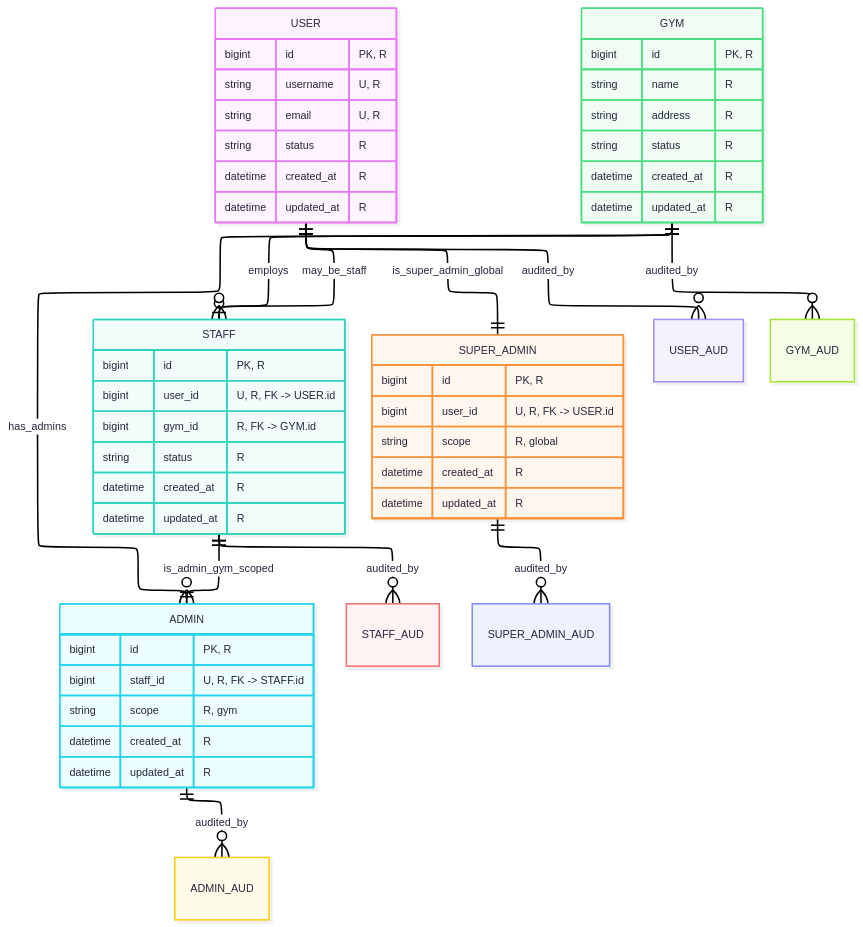
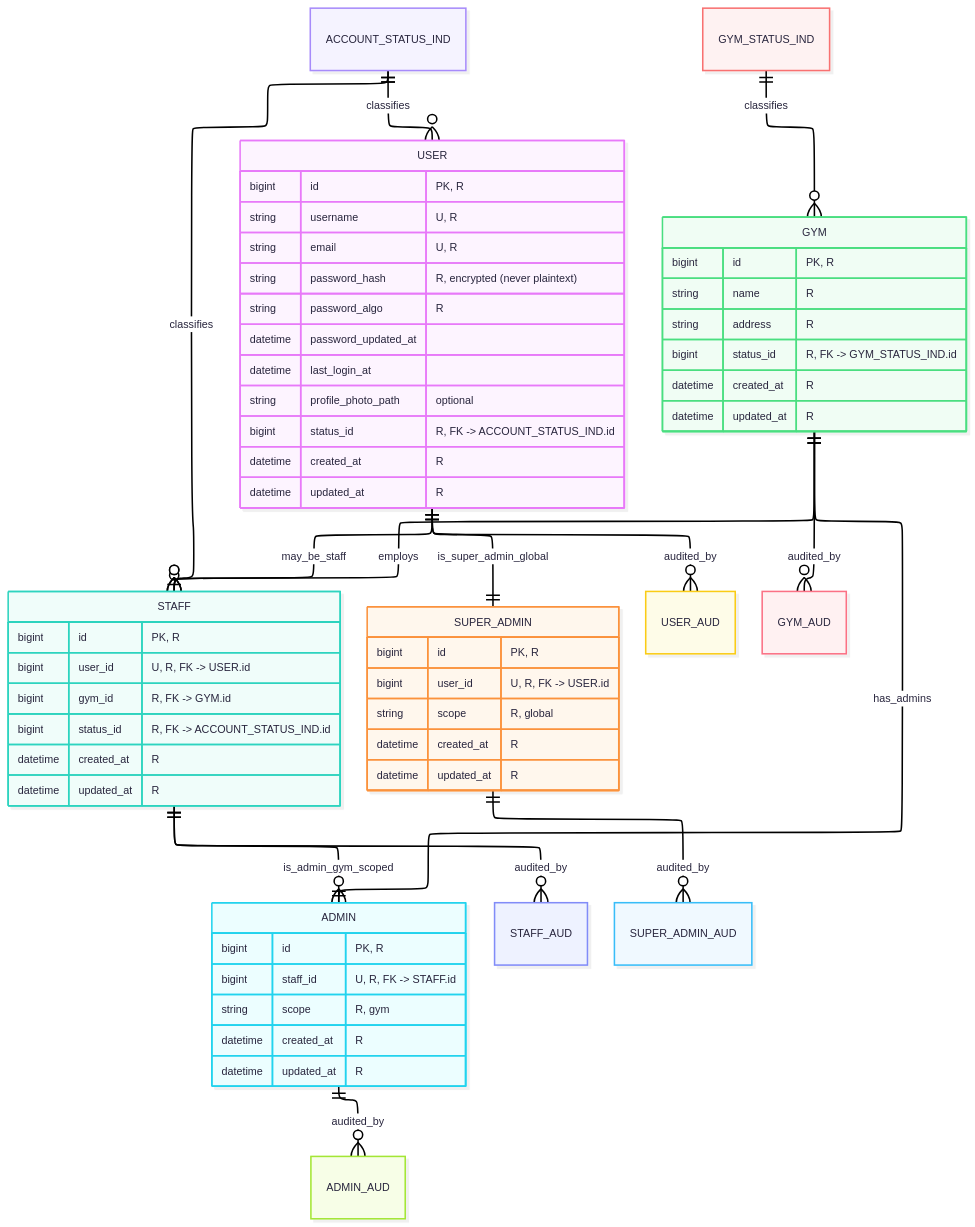
The sixth of 8 diagrams in docs/ERDs.md (jic48-rutgers/FitDB), drawn with Mermaid before and after one commit. The commit also changed other lines of this file, not shown here.

Commit message:
added triggers, and *_STATUS_IND tables, and indices (TODO: rework audit before/after_json in ERDs.md; outline RBAC, views, and stored procedures in TDD.md)

````diff
--- a/docs/ERDs.md
+++ b/docs/ERDs.md
@@ -606,33 +645,36 @@
 ```mermaid
 ---
 config:
   theme: redux-color
   look: neo
   layout: elk
   elk:
     mergeEdges: True
     nodePlacementStrategy: LINEAR_SEGMENTS
 ---
 erDiagram
     %% Admin types
     USER  ||--o| STAFF        : may_be_staff
     USER  ||--|| SUPER_ADMIN  : is_super_admin_global
     STAFF ||--|| ADMIN        : is_admin_gym_scoped
     GYM   ||--o{ STAFF        : employs
     GYM   ||--o{ ADMIN        : has_admins
 
+    %% Status indicators (entity names only)
+    ACCOUNT_STATUS_IND ||--o{ USER  : classifies
+    ACCOUNT_STATUS_IND ||--o{ STAFF : classifies
+    GYM_STATUS_IND     ||--o{ GYM   : classifies
+
     %% Audits
     USER ||--o{ USER_AUD            : audited_by
     STAFF ||--o{ STAFF_AUD          : audited_by
     ADMIN ||--o{ ADMIN_AUD          : audited_by
     SUPER_ADMIN ||--o{ SUPER_ADMIN_AUD : audited_by
     GYM ||--o{ GYM_AUD              : audited_by
 
-    %% Entities
-    USER { bigint id "PK, R"  string username "U, R"  string email "U, R"  string status "R"  datetime created_at "R"  datetime updated_at "R" }
-    STAFF { bigint id "PK, R"  bigint user_id "U, R, FK -> USER.id"  bigint gym_id "R, FK -> GYM.id"  string status "R"  datetime created_at "R"  datetime updated_at "R" }
+    USER { bigint id "PK, R"  string username "U, R"  string email "U, R"  string password_hash "R, encrypted (never plaintext)"  string password_algo "R"  datetime password_updated_at ""  datetime last_login_at ""  string profile_photo_path "optional"  bigint status_id "R, FK -> ACCOUNT_STATUS_IND.id"  datetime created_at "R"  datetime updated_at "R" }
+    STAFF { bigint id "PK, R"  bigint user_id "U, R, FK -> USER.id"  bigint gym_id "R, FK -> GYM.id"  bigint status_id "R, FK -> ACCOUNT_STATUS_IND.id"  datetime created_at "R"  datetime updated_at "R" }
     ADMIN { bigint id "PK, R"  bigint staff_id "U, R, FK -> STAFF.id"  string scope "R, gym"  datetime created_at "R"  datetime updated_at "R" }
     SUPER_ADMIN { bigint id "PK, R"  bigint user_id "U, R, FK -> USER.id"  string scope "R, global"  datetime created_at "R"  datetime updated_at "R" }
-    GYM { bigint id "PK, R"  string name "R"  string address "R"  string status "R"  datetime created_at "R"  datetime updated_at "R" }
-
+    GYM { bigint id "PK, R"  string name "R"  string address "R"  bigint status_id "R, FK -> GYM_STATUS_IND.id"  datetime created_at "R"  datetime updated_at "R" }
 ```
````
